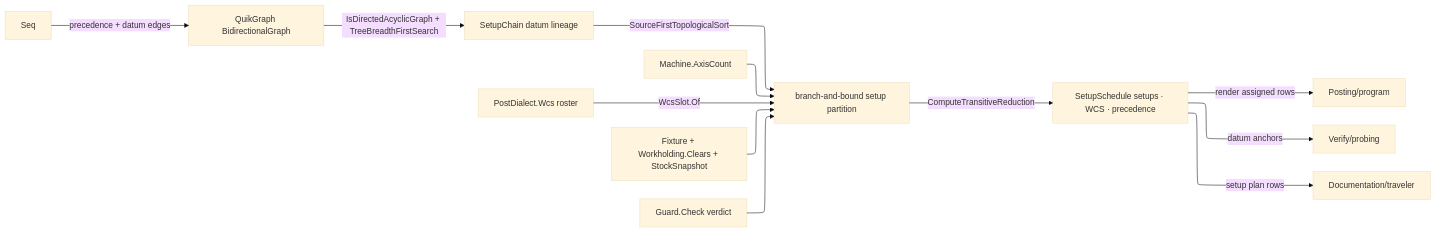
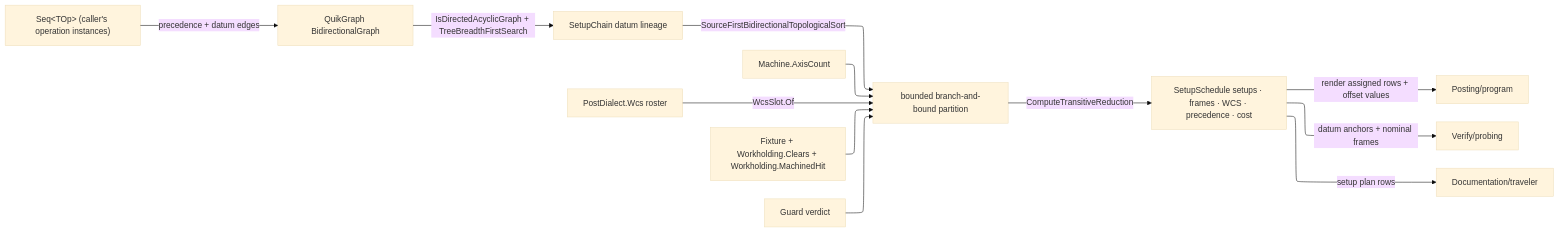
One commit to bsamiee/Rasm changed the diagram in libs/csharp/Rasm.Fabrication/.planning/Fixturing/setups.md. Above: the diagram before and after it, drawn with Mermaid. The commit also changed other lines of this file and 79 other files, not shown here.

````diff
--- a/libs/csharp/Rasm.Fabrication/.planning/Fixturing/setups.md
+++ b/libs/csharp/Rasm.Fabrication/.planning/Fixturing/setups.md
@@ -262,19 +242,19 @@
 ```mermaid
 ---
 config:
   layout: elk
   theme: base
 ---
 flowchart LR
-    Ops["Seq<Operation>"] -->|"precedence + datum edges"| Graph["QuikGraph BidirectionalGraph"]
+    Ops["Seq&lt;TOp&gt; (caller's operation instances)"] -->|"precedence + datum edges"| Graph["QuikGraph BidirectionalGraph"]
     Graph -->|"IsDirectedAcyclicGraph + TreeBreadthFirstSearch"| Lineage["SetupChain datum lineage"]
-    Lineage -->|"SourceFirstTopologicalSort"| Search["branch-and-bound setup partition"]
+    Lineage -->|"SourceFirstBidirectionalTopologicalSort"| Search["bounded branch-and-bound partition"]
     Machine["Machine.AxisCount"] --> Search
-    Holding["Fixture + Workholding.Clears + StockSnapshot"] --> Search
-    Guard["Guard.Check verdict"] --> Search
+    Holding["Fixture + Workholding.Clears + Workholding.MachinedHit"] --> Search
+    Guard["Guard verdict"] --> Search
     Dialect["PostDialect.Wcs roster"] -->|"WcsSlot.Of"| Search
-    Search -->|"ComputeTransitiveReduction"| Schedule["SetupSchedule setups · WCS · precedence"]
-    Schedule -->|render assigned rows| Program["Posting/program"]
-    Schedule -->|datum anchors| Probe["Verify/probing"]
+    Search -->|"ComputeTransitiveReduction"| Schedule["SetupSchedule setups · frames · WCS · precedence · cost"]
+    Schedule -->|"render assigned rows + offset values"| Program["Posting/program"]
+    Schedule -->|"datum anchors + nominal frames"| Probe["Verify/probing"]
     Schedule -->|setup plan rows| Traveler["Documentation/traveler"]
 ```
````
